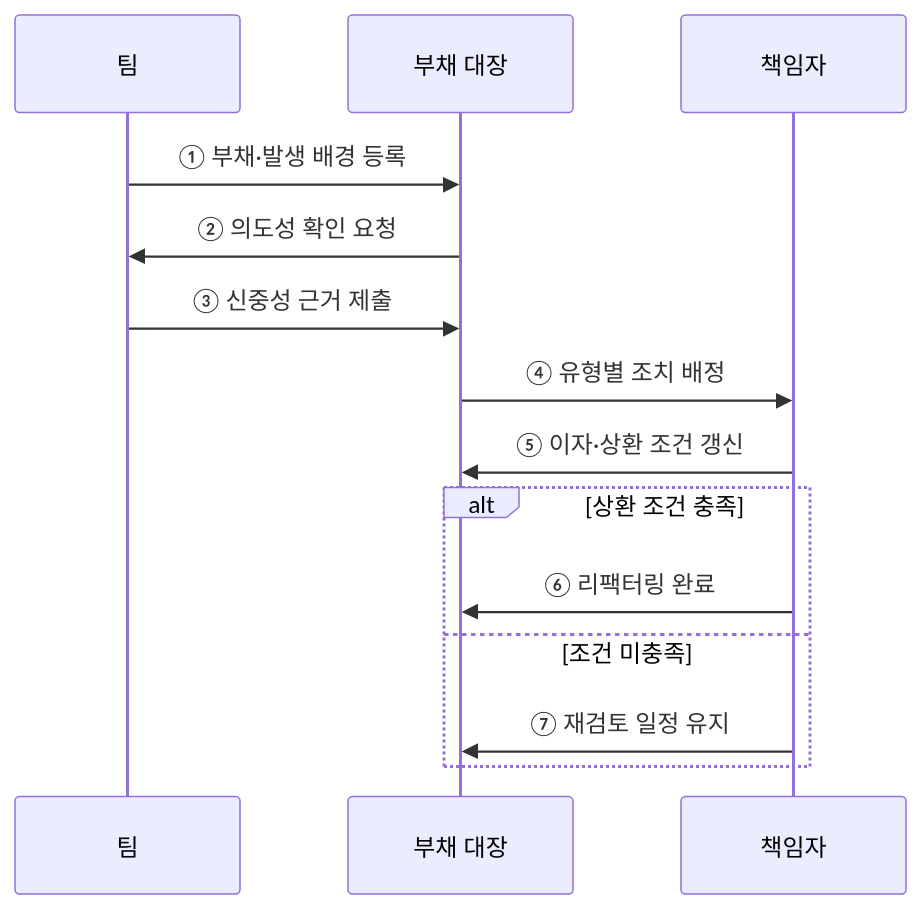
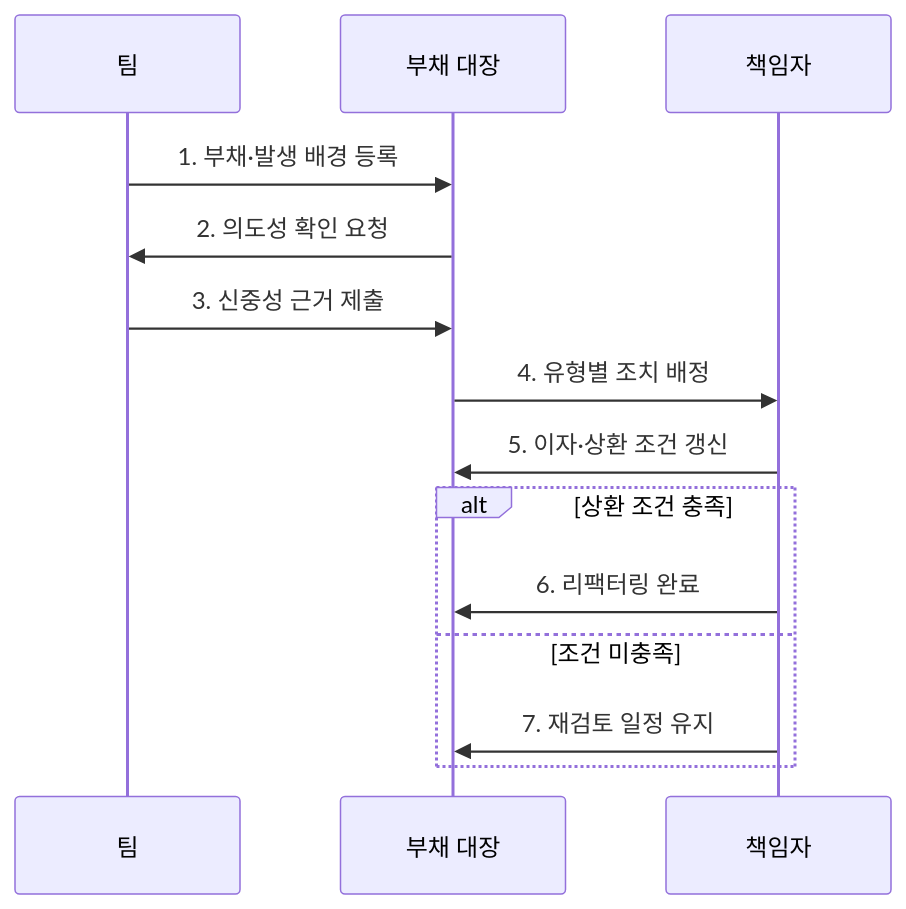
Before and after one commit to agnusdei1207/knowledge-base: the second of 2 diagrams in src/content/docs/notes/03-software/066_technical_debt_quadrant.md, drawn with Mermaid. The commit also changed other lines of this file and 20 other files, not shown here.

````diff
--- a/src/content/docs/notes/03-software/066_technical_debt_quadrant.md
+++ b/src/content/docs/notes/03-software/066_technical_debt_quadrant.md
@@ -68,16 +75,16 @@
 ```mermaid
 sequenceDiagram
     participant T as 팀
     participant R as 부채 대장
     participant O as 책임자
-    T->>R: ① 부채·발생 배경 등록
-    R->>T: ② 의도성 확인 요청
-    T->>R: ③ 신중성 근거 제출
-    R->>O: ④ 유형별 조치 배정
-    O->>R: ⑤ 이자·상환 조건 갱신
+    T->>R: 1. 부채·발생 배경 등록
+    R->>T: 2. 의도성 확인 요청
+    T->>R: 3. 신중성 근거 제출
+    R->>O: 4. 유형별 조치 배정
+    O->>R: 5. 이자·상환 조건 갱신
     alt 상환 조건 충족
-        O->>R: ⑥ 리팩터링 완료
+        O->>R: 6. 리팩터링 완료
     else 조건 미충족
-        O->>R: ⑦ 재검토 일정 유지
+        O->>R: 7. 재검토 일정 유지
     end
 ```
````
